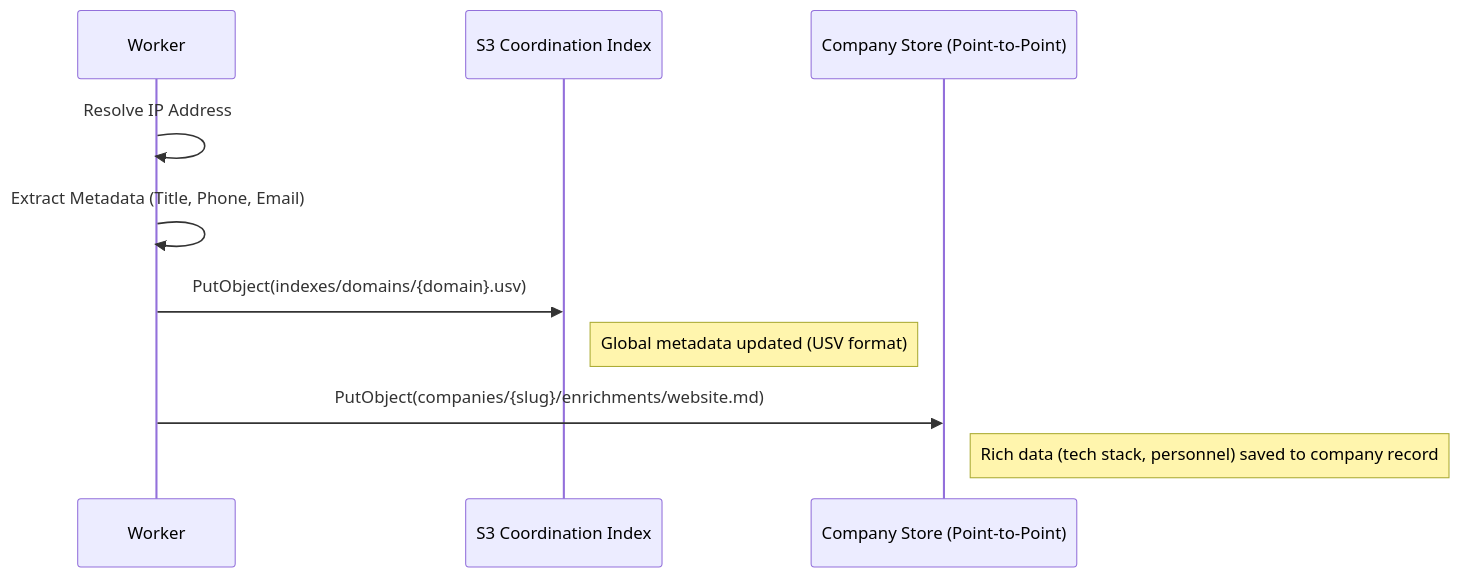
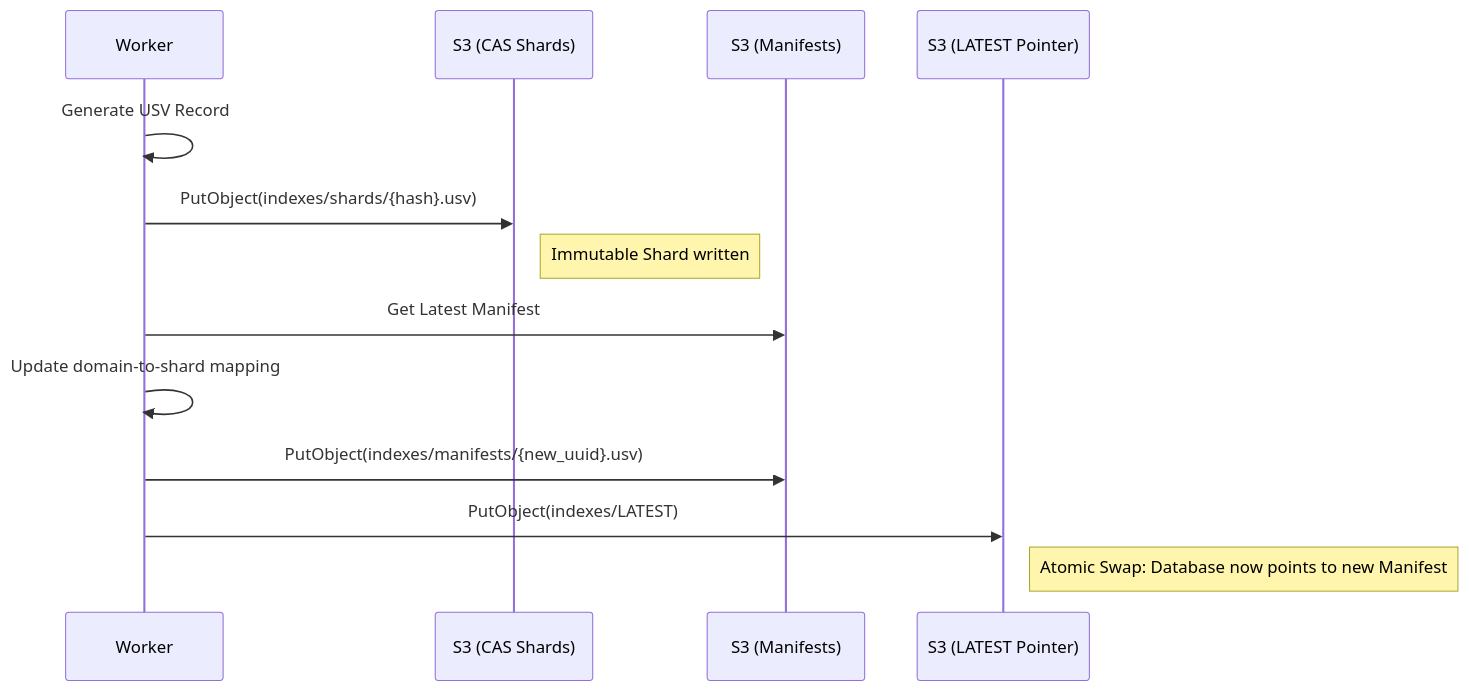
One commit to bizkite-co/cocli changed the first of 2 diagrams in docs/adr/012-distributed-filesystem-index/lifecycle.md. Above: the diagram before and after it, drawn with Mermaid. The commit also changed other lines of this file and 5 other files, not shown here.

Commit message:
Update DFI documentation to manifest-driven CAS architecture and cleanup roadmap artifacts

````diff
--- a/docs/adr/012-distributed-filesystem-index/lifecycle.md
+++ b/docs/adr/012-distributed-filesystem-index/lifecycle.md
@@ -8,15 +8,18 @@
 ```mermaid
 sequenceDiagram
     participant W as Worker
-    participant S3 as S3 Coordination Index
-    participant C as Company Store (Point-to-Point)
+    participant S3 as S3 (CAS Shards)
+    participant M as S3 (Manifests)
+    participant P as S3 (LATEST Pointer)
     
-    W->>W: Resolve IP Address
-    W->>W: Extract Metadata (Title, Phone, Email)
+    W->>W: Generate USV Record
+    W->>S3: PutObject(indexes/shards/{hash}.usv)
+    Note right of S3: Immutable Shard written
     
-    W->>S3: PutObject(indexes/domains/{domain}.usv)
-    Note right of S3: Global metadata updated (USV format)
+    W->>M: Get Latest Manifest
+    W->>W: Update domain-to-shard mapping
+    W->>M: PutObject(indexes/manifests/{new_uuid}.usv)
     
-    W->>C: PutObject(companies/{slug}/enrichments/website.md)
-    Note right of C: Rich data (tech stack, personnel) saved to company record
+    W->>P: PutObject(indexes/LATEST)
+    Note right of P: Atomic Swap: Database now points to new Manifest
 ```
````
